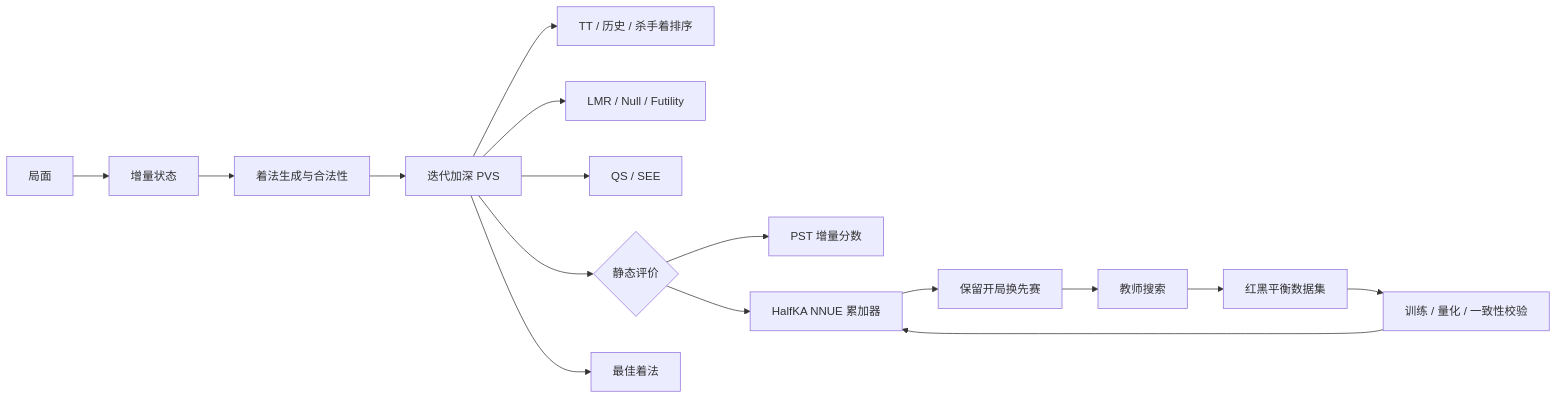
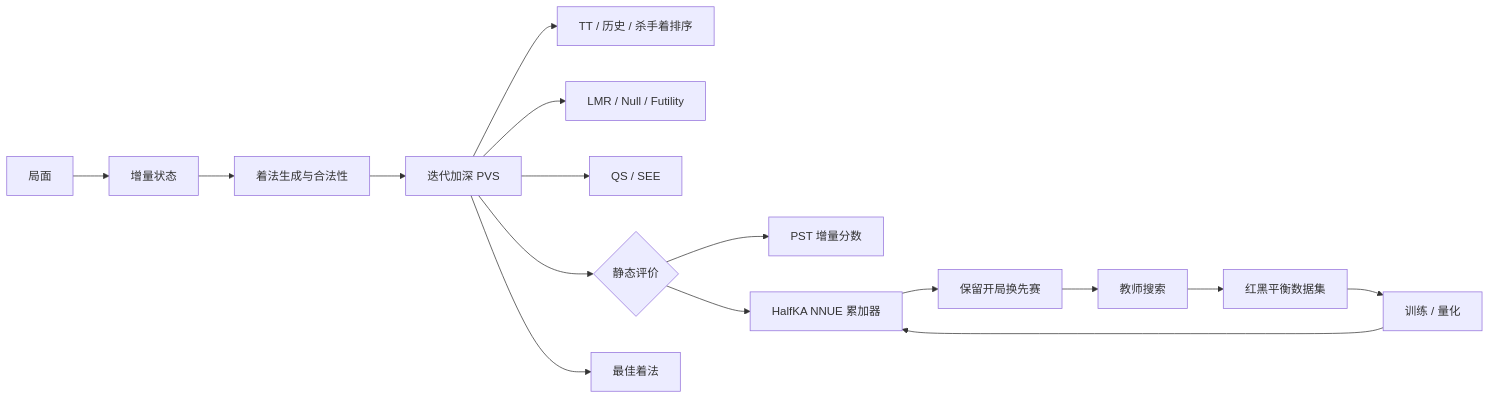
Before and after one commit to childofcuriosity/chinese-chess-xiangqi-searcher: the diagram in README.md, drawn with Mermaid. The commit also changed other lines of this file and 14 other files, not shown here.

````diff
--- a/README.md
+++ b/README.md
@@ -31,19 +35,19 @@
 ```mermaid
 flowchart LR
     POS[局面] --> STATE[增量状态]
     STATE --> MOVE[着法生成与合法性]
     MOVE --> SEARCH[迭代加深 PVS]
     SEARCH --> ORDER[TT / 历史 / 杀手着排序]
     SEARCH --> PRUNE[LMR / Null / Futility]
     SEARCH --> QS[QS / SEE]
     SEARCH --> EVAL{静态评价}
     EVAL --> PST[PST 增量分数]
     EVAL --> NNUE[HalfKA NNUE 累加器]
     SEARCH --> BEST[最佳着法]
 
     TEACHER[教师搜索] --> DATA[红黑平衡数据集]
-    DATA --> TRAIN[训练 / 量化 / 一致性校验]
+    DATA --> TRAIN[训练 / 量化]
     TRAIN --> NNUE
     NNUE --> MATCH[保留开局换先赛]
     MATCH --> TEACHER
 ```
````
